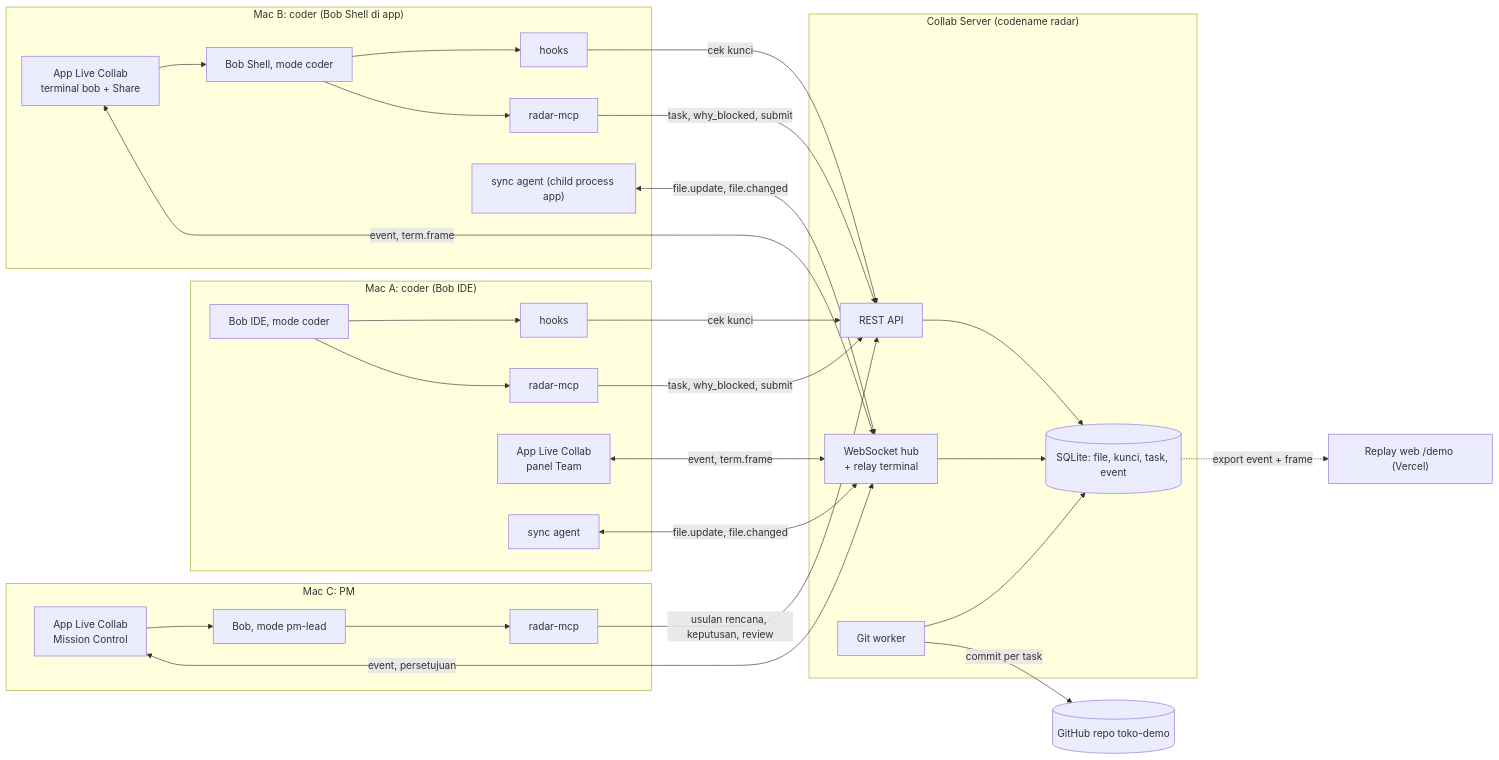
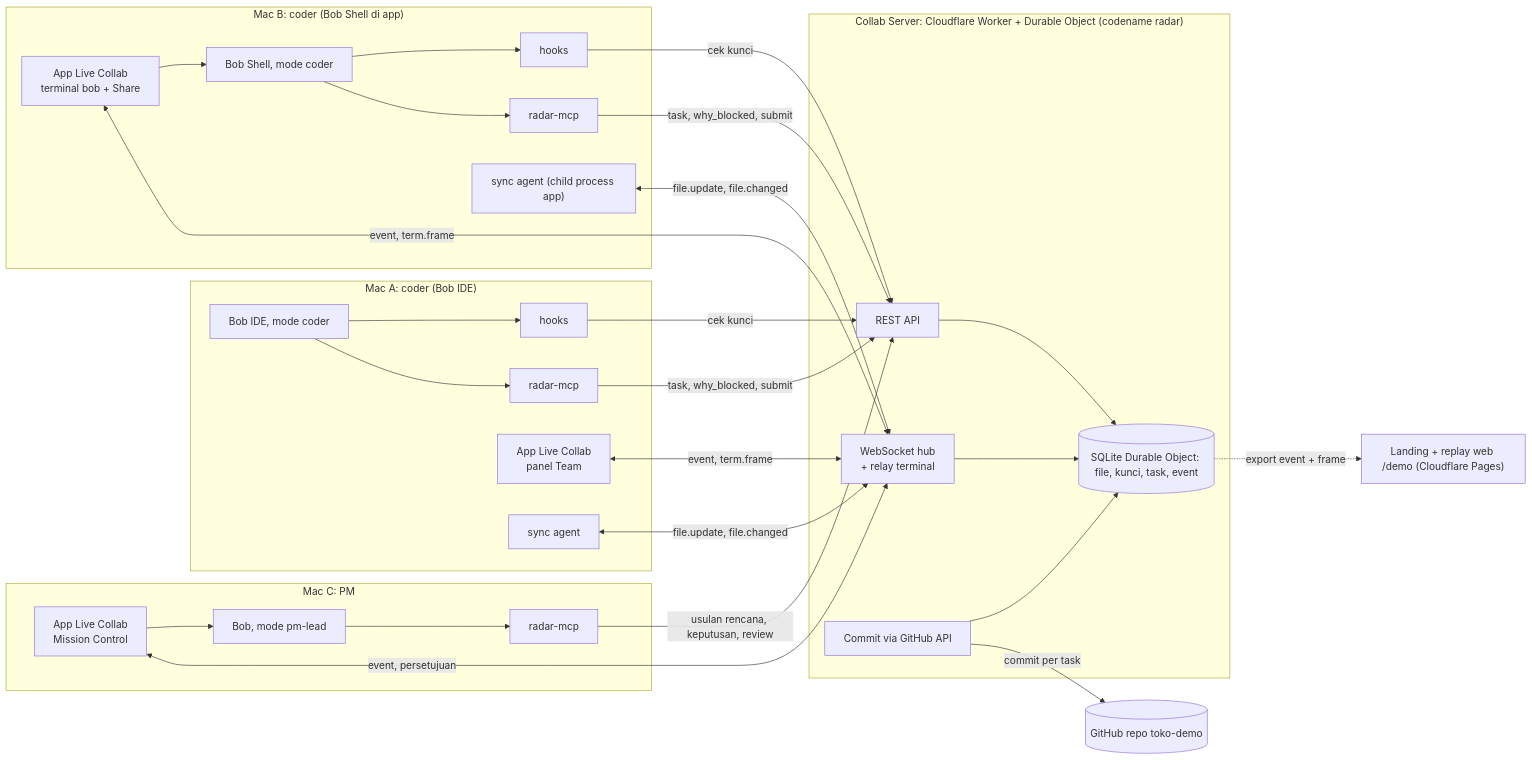
Diagram 12 of 13 in PRD.md (umarmuhdhor/IBM), drawn with Mermaid before and after one commit. The commit also changed other lines of this file and 28 other files, not shown here.

First line of the commit message:
docs: lanes named per person (Alief, Umar, Aarief/Imelda), add Imelda, move server to Cloudflare

````diff
--- a/PRD.md
+++ b/PRD.md
@@ -566,42 +566,42 @@
 ```mermaid
 flowchart LR
   subgraph PA["Mac A: coder (Bob IDE)"]
     BA["Bob IDE, mode coder"] --> HA["hooks"]
     BA --> MA1["radar-mcp"]
     AA["App Live Collab<br>panel Team"]
     SA["sync agent"]
   end
   subgraph PB["Mac B: coder (Bob Shell di app)"]
     AB["App Live Collab<br>terminal bob + Share"] --> BB["Bob Shell, mode coder"]
     BB --> HB["hooks"]
     BB --> MB1["radar-mcp"]
     SB["sync agent (child process app)"]
   end
   subgraph PC["Mac C: PM"]
     AC["App Live Collab<br>Mission Control"] --> BC["Bob, mode pm-lead"]
     BC --> MC1["radar-mcp"]
   end
-  subgraph SV["Collab Server (codename radar)"]
+  subgraph SV["Collab Server: Cloudflare Worker + Durable Object (codename radar)"]
     API["REST API"]
     WS["WebSocket hub<br>+ relay terminal"]
-    DB[("SQLite: file, kunci, task, event")]
-    GIT["Git worker"]
+    DB[("SQLite Durable Object: file, kunci, task, event")]
+    GIT["Commit via GitHub API"]
     API --> DB
     WS --> DB
     GIT --> DB
   end
   GH[("GitHub repo toko-demo")]
-  WEB["Replay web /demo (Vercel)"]
+  WEB["Landing + replay web /demo (Cloudflare Pages)"]
   HA -->|"cek kunci"| API
   HB -->|"cek kunci"| API
   MA1 -->|"task, why_blocked, submit"| API
   MB1 -->|"task, why_blocked, submit"| API
   MC1 -->|"usulan rencana, keputusan, review"| API
   SA <-->|"file.update, file.changed"| WS
   SB <-->|"file.update, file.changed"| WS
   AA <-->|"event, term.frame"| WS
   AB <-->|"event, term.frame"| WS
   AC <-->|"event, persetujuan"| WS
   GIT -->|"commit per task"| GH
   DB -.->|"export event + frame"| WEB
 ```
````
